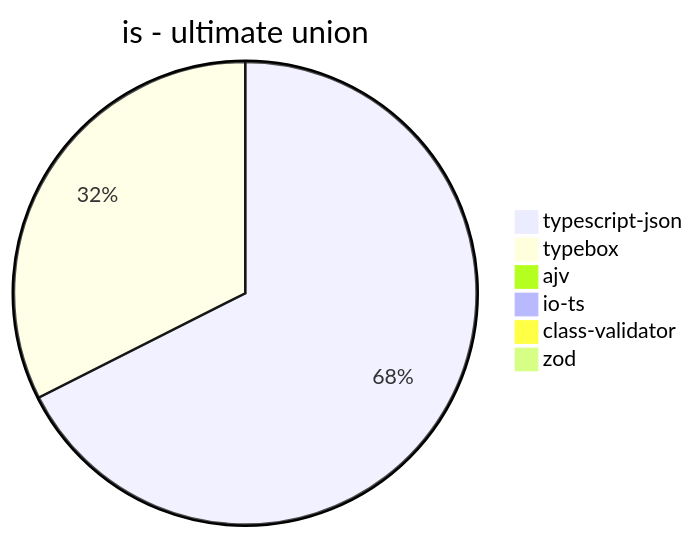
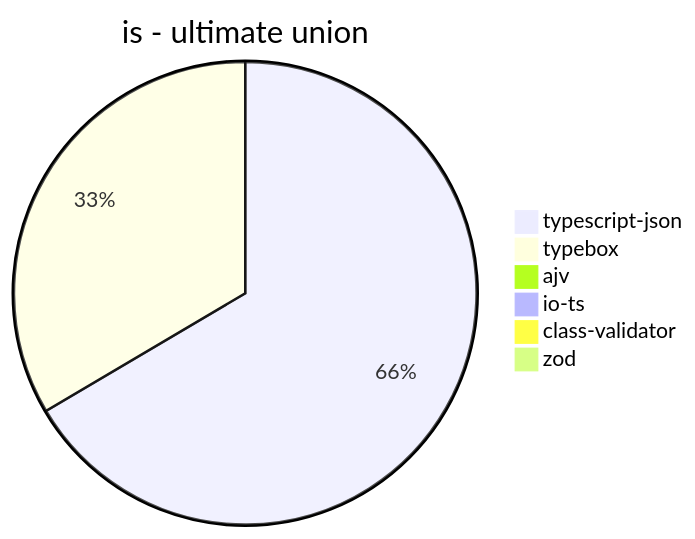
Before and after one commit to samchon/typia: the eighth of 39 diagrams in benchmark/results/AMD Ryzen 7 5800H with Radeon Graphics.md, drawn with Mermaid. The commit also changed other lines of this file and 3 other files, not shown here.

````diff
--- a/benchmark/results/AMD Ryzen 7 5800H with Radeon Graphics.md
+++ b/benchmark/results/AMD Ryzen 7 5800H with Radeon Graphics.md
@@ -98,9 +98,9 @@
 ```mermaid
 pie title is - ultimate union
-  "typescript-json": 570.6628551009469
-  "typebox": 274.05710257314064
+  "typescript-json": 544.1258094357077
+  "typebox": 274.01746724890825
   "ajv": 0
   "io-ts": 0
   "class-validator": 0
-  "zod": 0.35069261792039275
+  "zod": 0.35001750087504374
 ```
````
